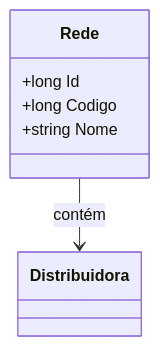
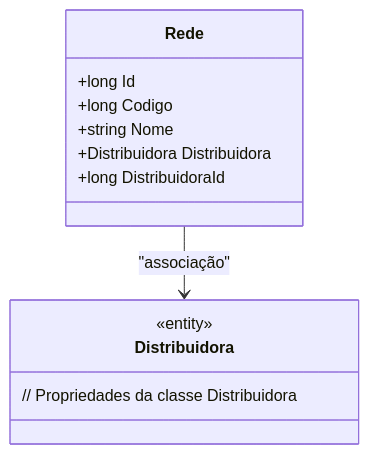
One commit to IsthmusSistemas/documentacao-tecnica changed the diagram in docs/b2b-dominio/IsthmusWinthor.Nucleo/IsthmusWinthor.Dominio/Entidades/Rede.md. Above: the diagram before and after it, drawn with Mermaid. The commit also changed other lines of this file and 882 other files, not shown here.

````diff
--- a/docs/b2b-dominio/IsthmusWinthor.Nucleo/IsthmusWinthor.Dominio/Entidades/Rede.md
+++ b/docs/b2b-dominio/IsthmusWinthor.Nucleo/IsthmusWinthor.Dominio/Entidades/Rede.md
@@ -18,12 +21,17 @@
 ```mermaid
 classDiagram
     class Rede {
         +long Id
         +long Codigo
         +string Nome
+        +Distribuidora Distribuidora
+        +long DistribuidoraId
     }
-    
-    class Distribuidora
 
-    Rede --> Distribuidora : contém
+    class Distribuidora {
+        <<entity>>
+        // Propriedades da classe Distribuidora
+    }
+
+    Rede --> Distribuidora : "associação"
 ```
````
